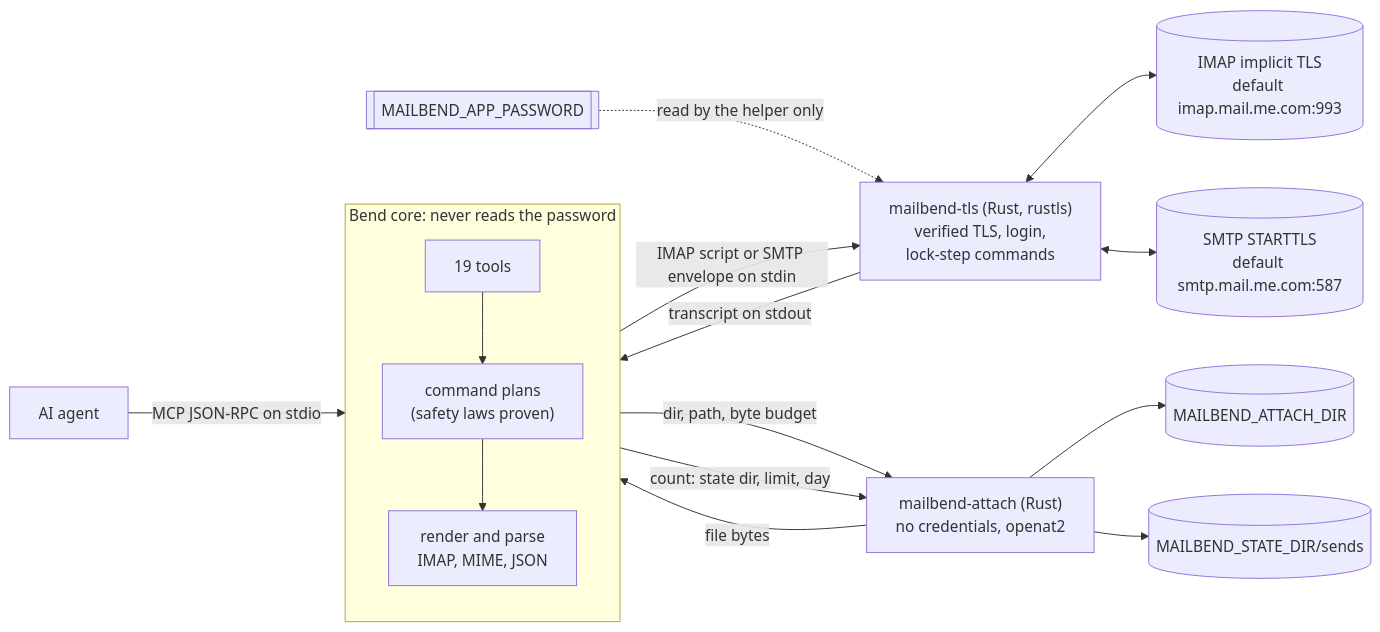
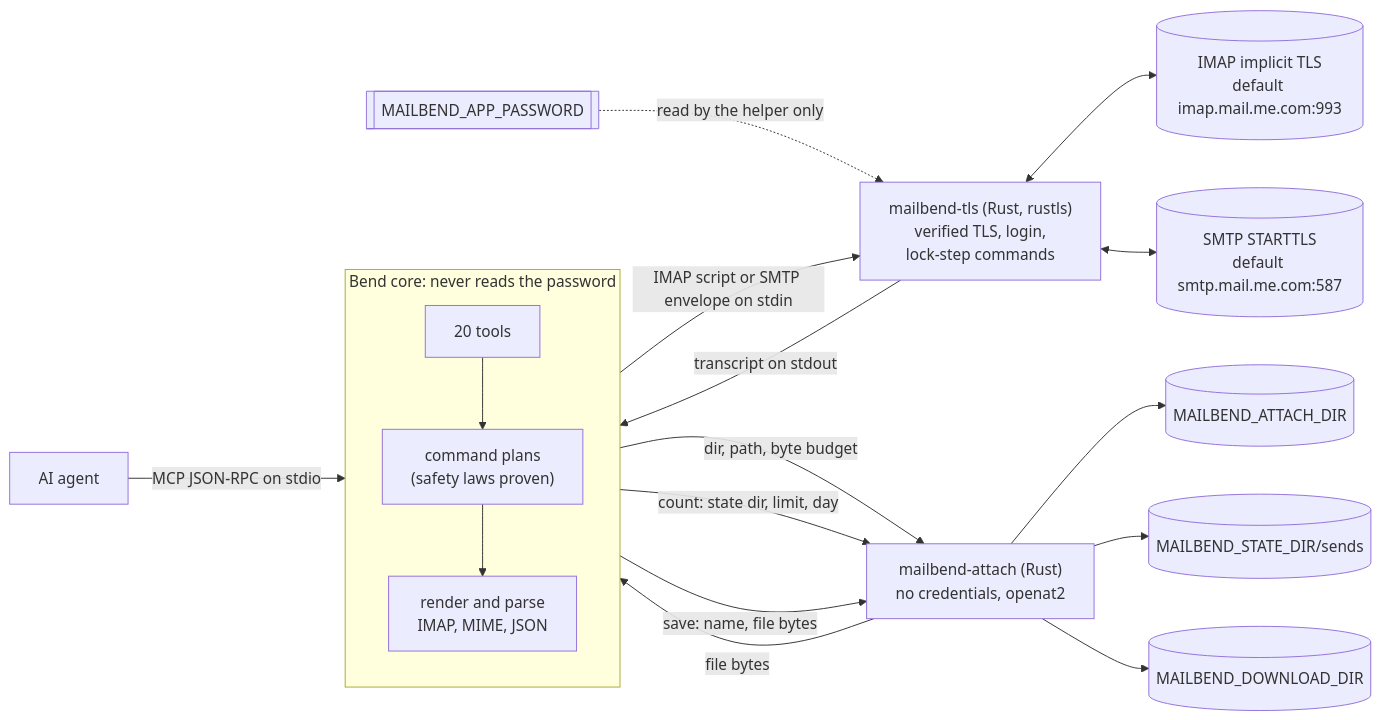
Before and after one commit to albertc71/MailBend: the diagram in README.md, drawn with Mermaid. The commit also changed other lines of this file and 26 other files, not shown here.

````diff
--- a/README.md
+++ b/README.md
@@ -287,19 +307,21 @@
 ```mermaid
 flowchart LR
   agent["AI agent"] -- "MCP JSON-RPC on stdio" --> core
   subgraph core["Bend core: never reads the password"]
     direction TB
-    tools["19 tools"] --> plans["command plans<br/>(safety laws proven)"]
+    tools["20 tools"] --> plans["command plans<br/>(safety laws proven)"]
     plans --> parse["render and parse<br/>IMAP, MIME, JSON"]
   end
   core -- "IMAP script or SMTP envelope on stdin" --> helper["mailbend-tls (Rust, rustls)<br/>verified TLS, login,<br/>lock-step commands"]
   helper -- "transcript on stdout" --> core
   helper <--> imap[("IMAP implicit TLS<br/>default imap.mail.me.com:993")]
   helper <--> smtp[("SMTP STARTTLS<br/>default smtp.mail.me.com:587")]
   secrets[["MAILBEND_APP_PASSWORD"]] -. "read by the helper only" .-> helper
   core -- "dir, path, byte budget" --> reader["mailbend-attach (Rust)<br/>no credentials, openat2"]
   reader -- "file bytes" --> core
   reader --> files[("MAILBEND_ATTACH_DIR")]
   core -- "count: state dir, limit, day" --> reader
   reader --> sends[("MAILBEND_STATE_DIR/sends")]
+  core -- "save: name, file bytes" --> reader
+  reader --> downloads[("MAILBEND_DOWNLOAD_DIR")]
 ```
````
